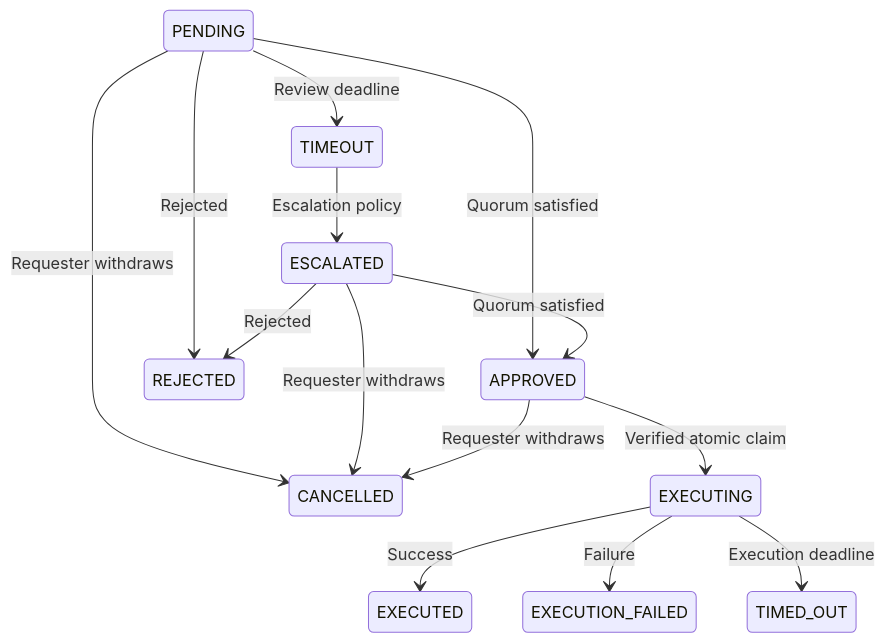
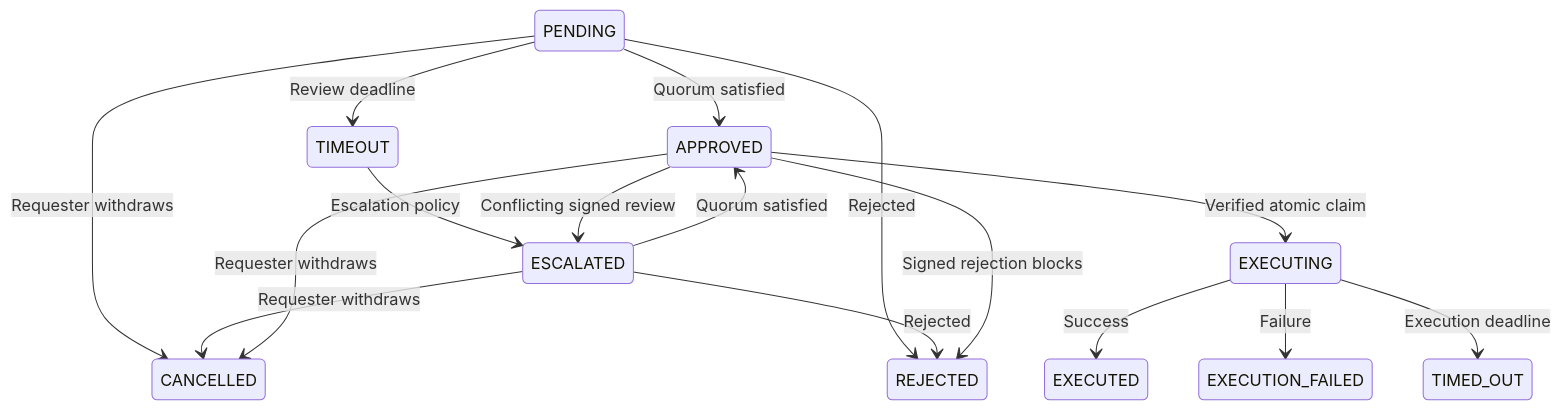
Before and after one commit to Dicklesworthstone/slb: the diagram in README.md, drawn with Mermaid. The commit also changed other lines of this file and 11 other files, not shown here.

````diff
--- a/README.md
+++ b/README.md
@@ -643,17 +649,19 @@
 ```mermaid
 stateDiagram-v2
     direction TB
     PENDING --> APPROVED: Quorum satisfied
     PENDING --> REJECTED: Rejected
     PENDING --> CANCELLED: Requester withdraws
     PENDING --> TIMEOUT: Review deadline
     TIMEOUT --> ESCALATED: Escalation policy
     ESCALATED --> APPROVED: Quorum satisfied
     ESCALATED --> REJECTED: Rejected
     ESCALATED --> CANCELLED: Requester withdraws
     APPROVED --> CANCELLED: Requester withdraws
+    APPROVED --> REJECTED: Signed rejection blocks
+    APPROVED --> ESCALATED: Conflicting signed review
     APPROVED --> EXECUTING: Verified atomic claim
     EXECUTING --> EXECUTED: Success
     EXECUTING --> EXECUTION_FAILED: Failure
     EXECUTING --> TIMED_OUT: Execution deadline
 ```
````
